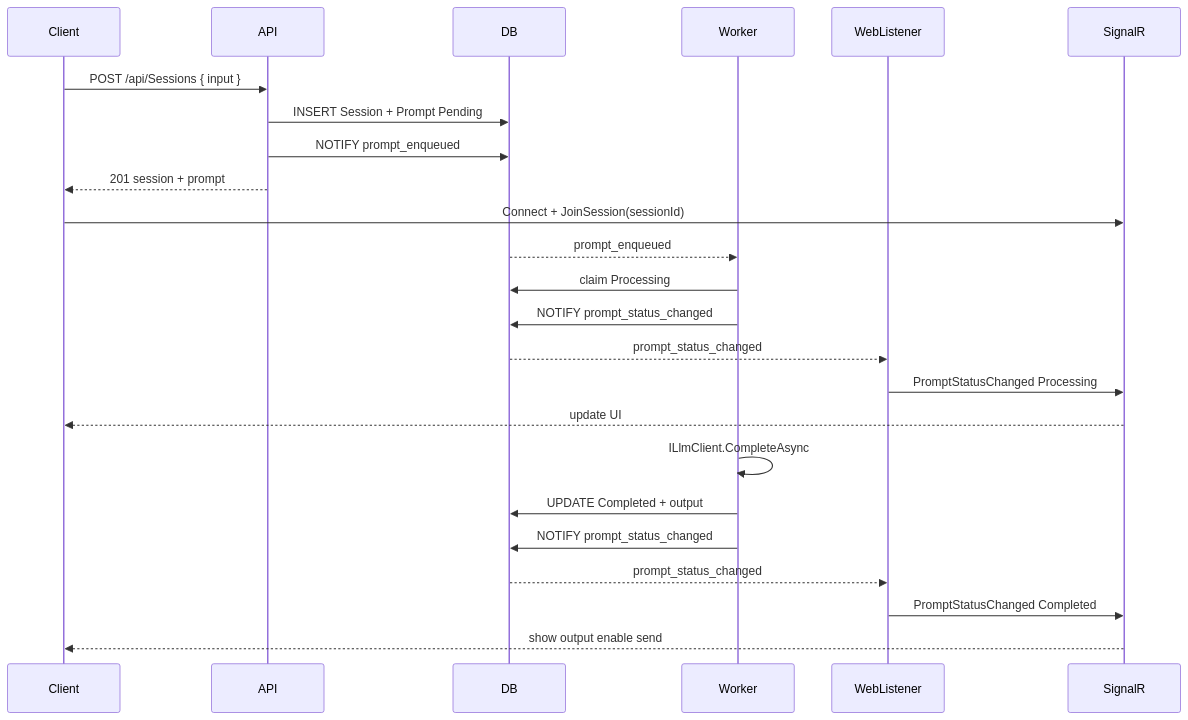
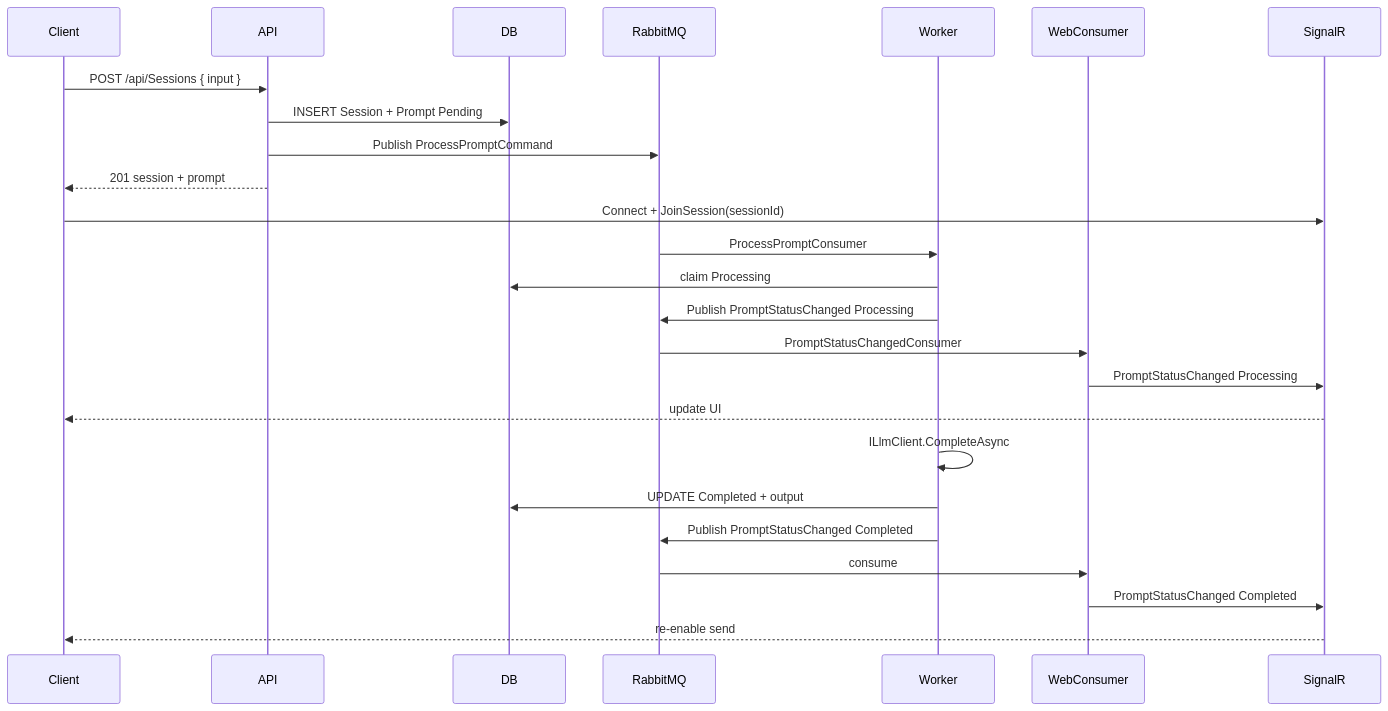
The second of 2 diagrams in docs/07-api-worker-integration.md (piotrokrutniak/promptify), drawn with Mermaid before and after one commit. The commit also changed other lines of this file and 20 other files, not shown here.

````diff
--- a/docs/07-api-worker-integration.md
+++ b/docs/07-api-worker-integration.md
@@ -56,30 +59,31 @@
 ```mermaid
 sequenceDiagram
     participant Client
     participant API
     participant DB
+    participant MQ as RabbitMQ
     participant Worker
-    participant WebListener
+    participant WebConsumer
     participant SignalR
 
     Client->>API: POST /api/Sessions { input }
     API->>DB: INSERT Session + Prompt Pending
-    API->>DB: NOTIFY prompt_enqueued
+    API->>MQ: Publish ProcessPromptCommand
     API-->>Client: 201 session + prompt
 
     Client->>SignalR: Connect + JoinSession(sessionId)
 
-    DB-->>Worker: prompt_enqueued
+    MQ->>Worker: ProcessPromptConsumer
     Worker->>DB: claim Processing
-    Worker->>DB: NOTIFY prompt_status_changed
-    DB-->>WebListener: prompt_status_changed
-    WebListener->>SignalR: PromptStatusChanged Processing
+    Worker->>MQ: Publish PromptStatusChanged Processing
+    MQ->>WebConsumer: PromptStatusChangedConsumer
+    WebConsumer->>SignalR: PromptStatusChanged Processing
     SignalR-->>Client: update UI
 
     Worker->>Worker: ILlmClient.CompleteAsync
     Worker->>DB: UPDATE Completed + output
-    Worker->>DB: NOTIFY prompt_status_changed
-    DB-->>WebListener: prompt_status_changed
-    WebListener->>SignalR: PromptStatusChanged Completed
-    SignalR-->>Client: show output enable send
+    Worker->>MQ: Publish PromptStatusChanged Completed
+    MQ->>WebConsumer: consume
+    WebConsumer->>SignalR: PromptStatusChanged Completed
+    SignalR-->>Client: re-enable send
 ```
````
